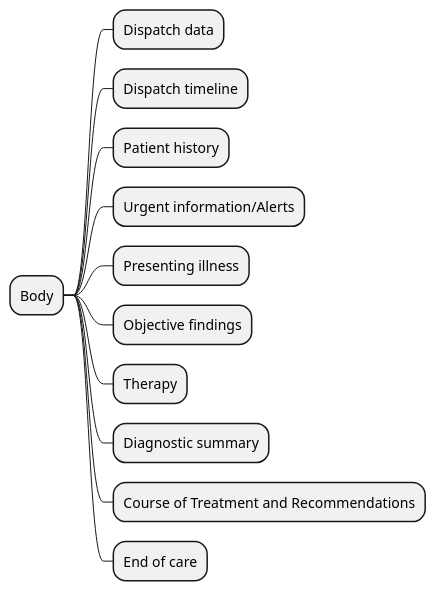
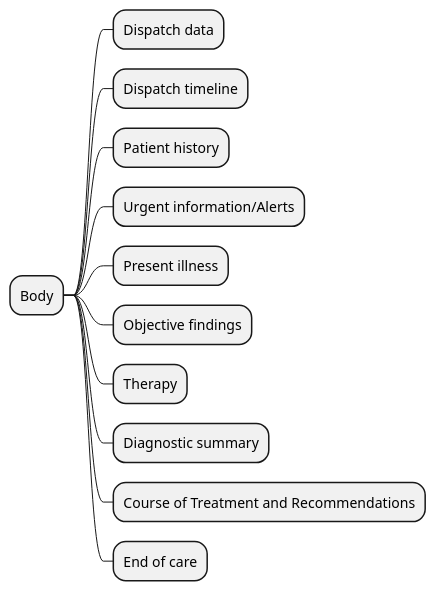
The diagram in input/images-source/body-mindmap.plantuml (HL7-cz/cz-ems), drawn with PlantUML before and after one commit. The commit also changed 26 other files, not shown here.

Commit message:
Rebase core url, add header mapping, presentIllness to encounter and section courseandRecommendation division

```diff
--- a/input/images-source/body-mindmap.plantuml
+++ b/input/images-source/body-mindmap.plantuml
@@ -1,13 +1,13 @@
 @startmindmap
 * Body
 ** Dispatch data
 ** Dispatch timeline
 ** Patient history
 ** Urgent information/Alerts
-** Presenting illness
+** Present illness
 ** Objective findings
 ** Therapy
 ** Diagnostic summary
 ** Course of Treatment and Recommendations
 ** End of care
 @endmindmap
```
